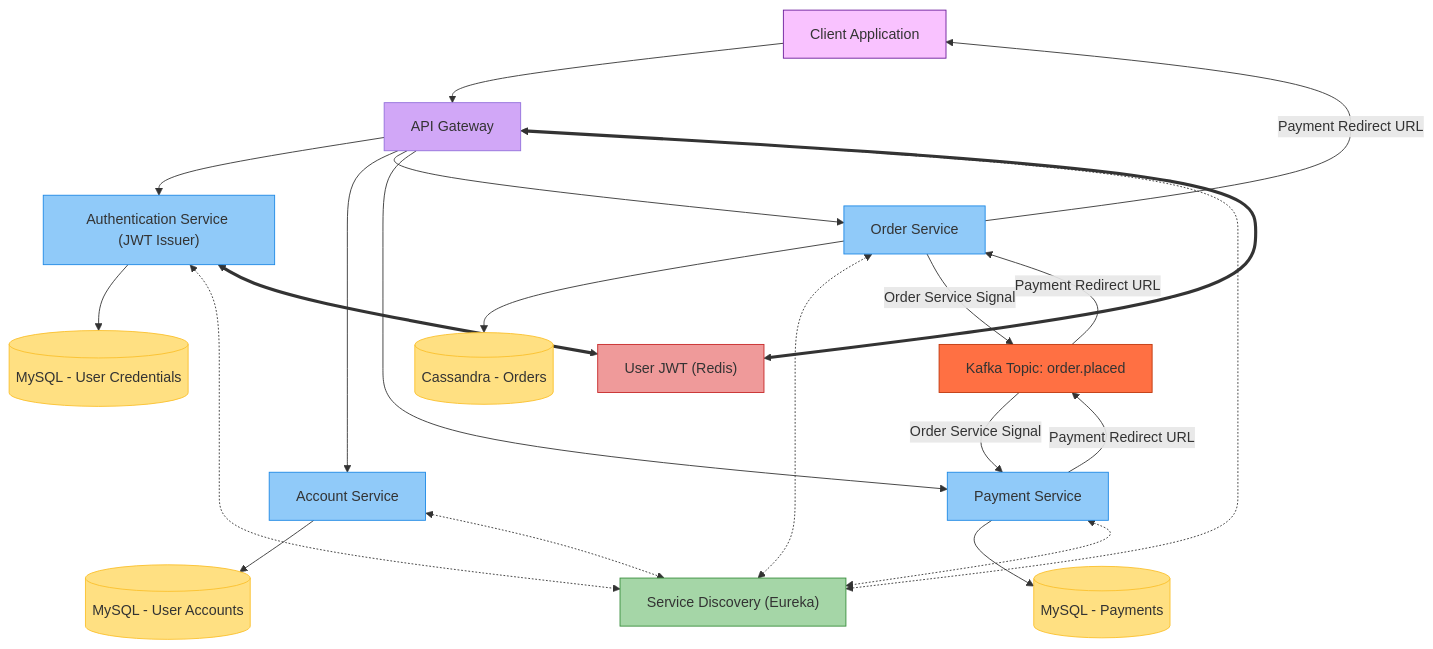
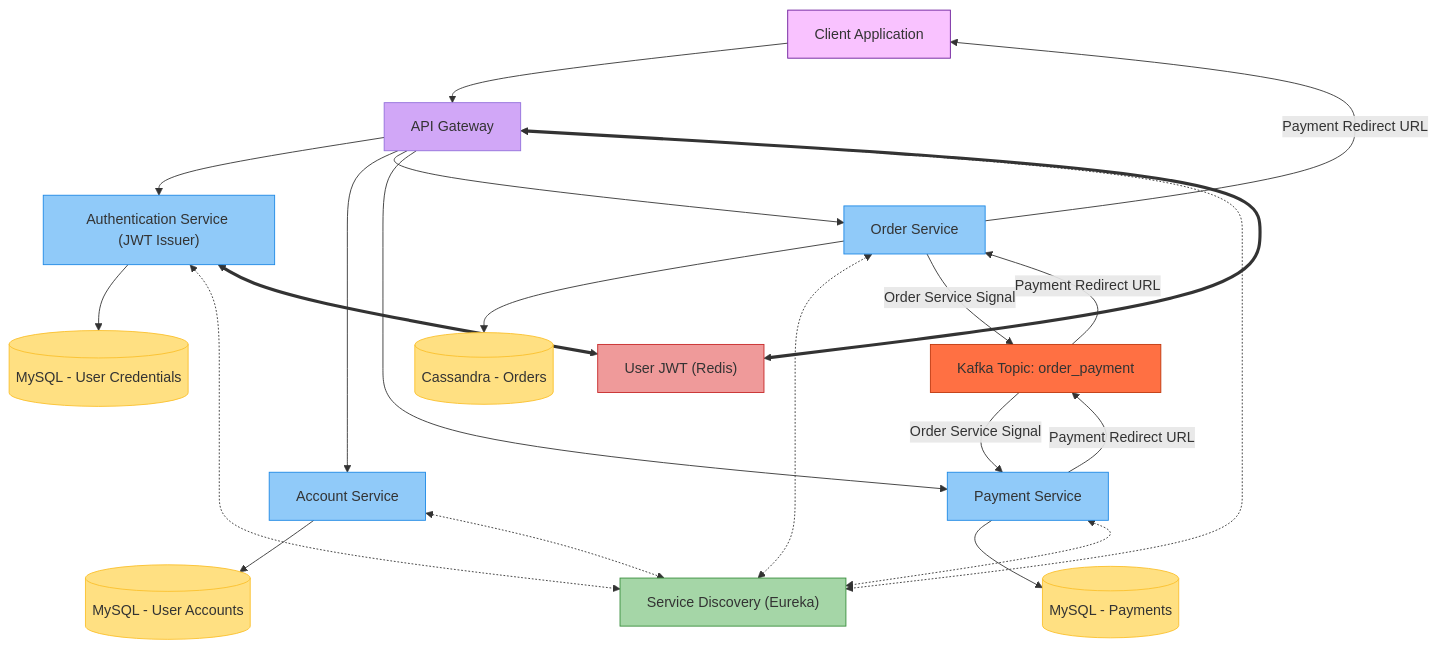
The diagram in README.md (EricYoung37/sMall), drawn with Mermaid before and after one commit. The commit also changed 10 other files, not shown here.

Commit message:
payment service endpoints working in Postman

````diff
--- a/README.md
+++ b/README.md
@@ -6,48 +6,48 @@
 ```mermaid
 graph TD
     ClientApp[Client Application] --> APIGateway[API Gateway]
 
     APIGateway --> AuthService["Authentication Service (JWT Issuer)"]
     APIGateway --> AccountService[Account Service]
     APIGateway --> OrderService[Order Service]
     APIGateway --> PaymentService[Payment Service]
     
     OrderService -- Payment Redirect URL --> ClientApp
     
     AccountService --> MySQL_Accounts[(MySQL - User Accounts)]
     AuthService --> MySQL_Credentials[(MySQL - User Credentials)]
     OrderService --> CassandraOrders[(Cassandra - Orders)]
     PaymentService --> MySQL_Payments[(MySQL - Payments)]
     
     AccountService <.-> Eureka["Service Discovery (Eureka)"]
     AuthService <.-> Eureka
     OrderService <.-> Eureka
     PaymentService <.-> Eureka
     APIGateway <.-> Eureka
 
     AuthService <==> Redis["User JWT (Redis)"]
     APIGateway <==> Redis
     
-    OrderService --Order Service Signal--> Kafka[Kafka Topic: order.placed]
+    OrderService --Order Service Signal--> Kafka[Kafka Topic: order_payment]
     Kafka -- Order Service Signal --> PaymentService
     PaymentService -- Payment Redirect URL --> Kafka
     Kafka -- Payment Redirect URL --> OrderService
     
     %% Define styles for different categories
     classDef clientApp fill:#f9c2ff,stroke:#6a1b9a;
     classDef apiGateway fill:#d1a7f7;
     classDef services fill:#90caf9,stroke:#1e88e5;
     classDef serviceDiscovery fill:#a5d6a7,stroke:#388e3c;
     classDef kafka fill:#ff7043,stroke:#bf360c;
     classDef redis fill:#ef9a9a,stroke:#c62828;
     classDef databases fill:#ffe082,stroke:#fbc02d;
     
     %% Apply styles
     class ClientApp clientApp;
     class APIGateway apiGateway;
     class AuthService,AccountService,OrderService,PaymentService services;
     class Eureka serviceDiscovery;
     class Kafka kafka;
     class Redis redis;
     class MySQL_Accounts,MySQL_Credentials,CassandraOrders,MySQL_Payments databases;
 ```
````
